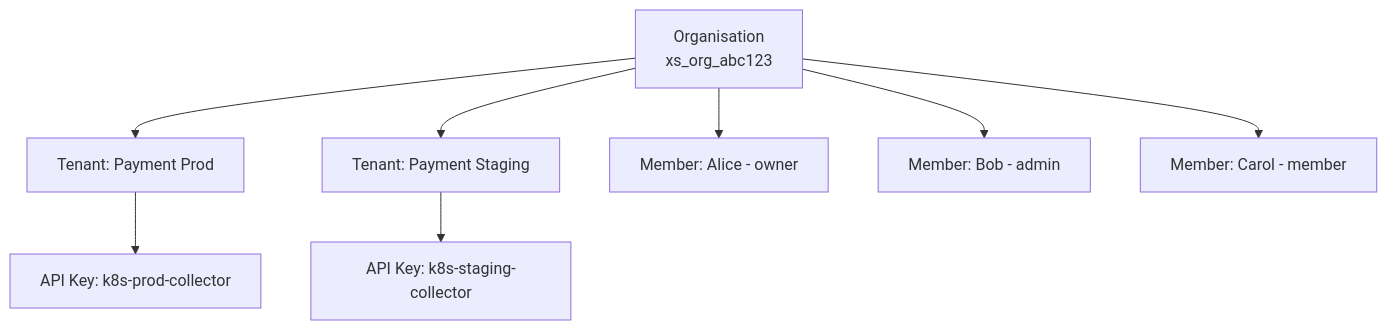
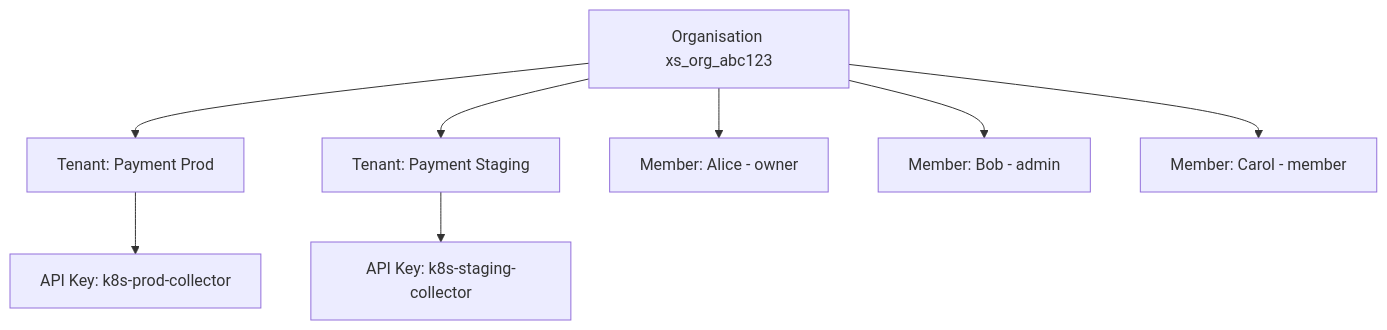
The third of 3 diagrams in docs/session-1/user-management.md (xscaler/training), drawn with Mermaid before and after one commit. The commit also changed 38 other files, not shown here.

First line of the commit message:
Remove internal content, fix Mermaid diagrams, and rewrite labs as customer-facing exercises

````diff
--- a/docs/session-1/user-management.md
+++ b/docs/session-1/user-management.md
@@ -146,16 +146,16 @@
 ```mermaid
 graph TD
-    ORG[Organisation\nxs_org_abc123]
+    ORG[Organisation xs_org_abc123]
     T1[Tenant: Payment Prod]
     T2[Tenant: Payment Staging]
     M1[Member: Alice - owner]
     M2[Member: Bob - admin]
     M3[Member: Carol - member]
     K1[API Key: k8s-prod-collector]
     K2[API Key: k8s-staging-collector]
 
     ORG --> T1 & T2
     ORG --> M1 & M2 & M3
     T1 --> K1
     T2 --> K2
 ```
````
